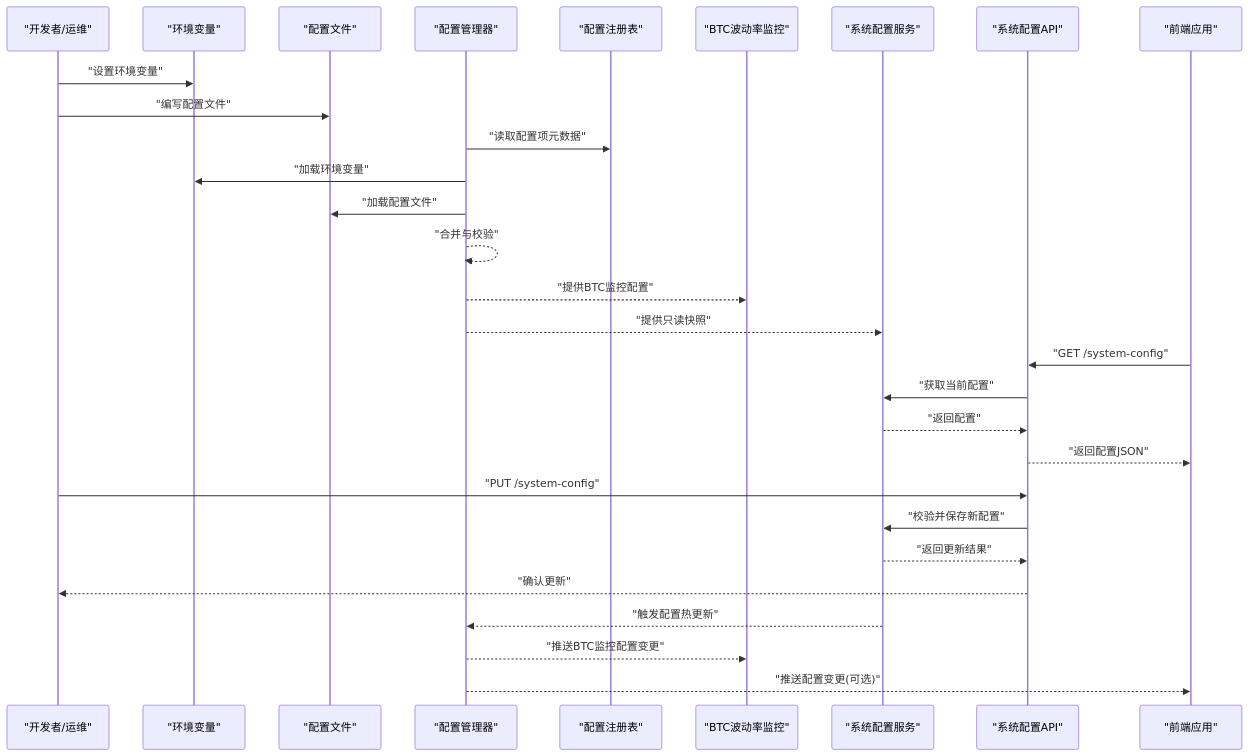
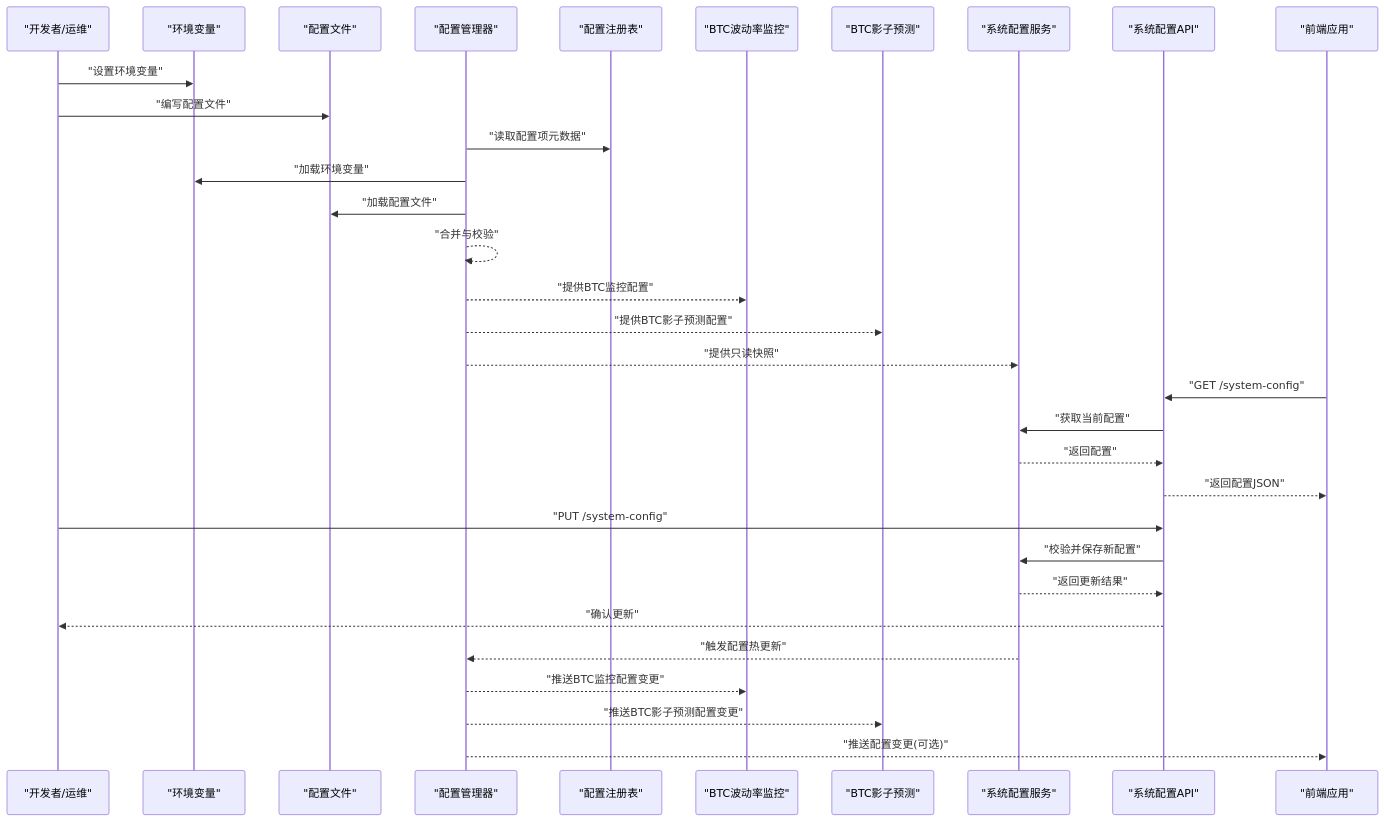
One commit to anYaoooo/daily_stock_analysis changed the second of 5 diagrams in .qoder/repowiki/zh/content/配置管理.md. Above: the diagram before and after it, drawn with Mermaid. The commit also changed other lines of this file and 16 other files, not shown here.

````diff
--- a/.qoder/repowiki/zh/content/配置管理.md
+++ b/.qoder/repowiki/zh/content/配置管理.md
@@ -147,31 +153,34 @@
 ```mermaid
 sequenceDiagram
 participant Dev as "开发者/运维"
 participant Env as "环境变量"
 participant File as "配置文件"
 participant CM as "配置管理器"
 participant CR as "配置注册表"
 participant BVM as "BTC波动率监控"
+participant BSF as "BTC影子预测"
 participant Svc as "系统配置服务"
 participant API as "系统配置API"
 participant FE as "前端应用"
 Dev->>Env : "设置环境变量"
 Dev->>File : "编写配置文件"
 CM->>CR : "读取配置项元数据"
 CM->>Env : "加载环境变量"
 CM->>File : "加载配置文件"
 CM-->>CM : "合并与校验"
 CM-->>BVM : "提供BTC监控配置"
+CM-->>BSF : "提供BTC影子预测配置"
 CM-->>Svc : "提供只读快照"
 FE->>API : "GET /system-config"
 API->>Svc : "获取当前配置"
 Svc-->>API : "返回配置"
 API-->>FE : "返回配置JSON"
 Dev->>API : "PUT /system-config"
 API->>Svc : "校验并保存新配置"
 Svc-->>API : "返回更新结果"
 API-->>Dev : "确认更新"
 Svc-->>CM : "触发配置热更新"
 CM-->>BVM : "推送BTC监控配置变更"
+CM-->>BSF : "推送BTC影子预测配置变更"
 CM-->>FE : "推送配置变更(可选)"
 ```
````
